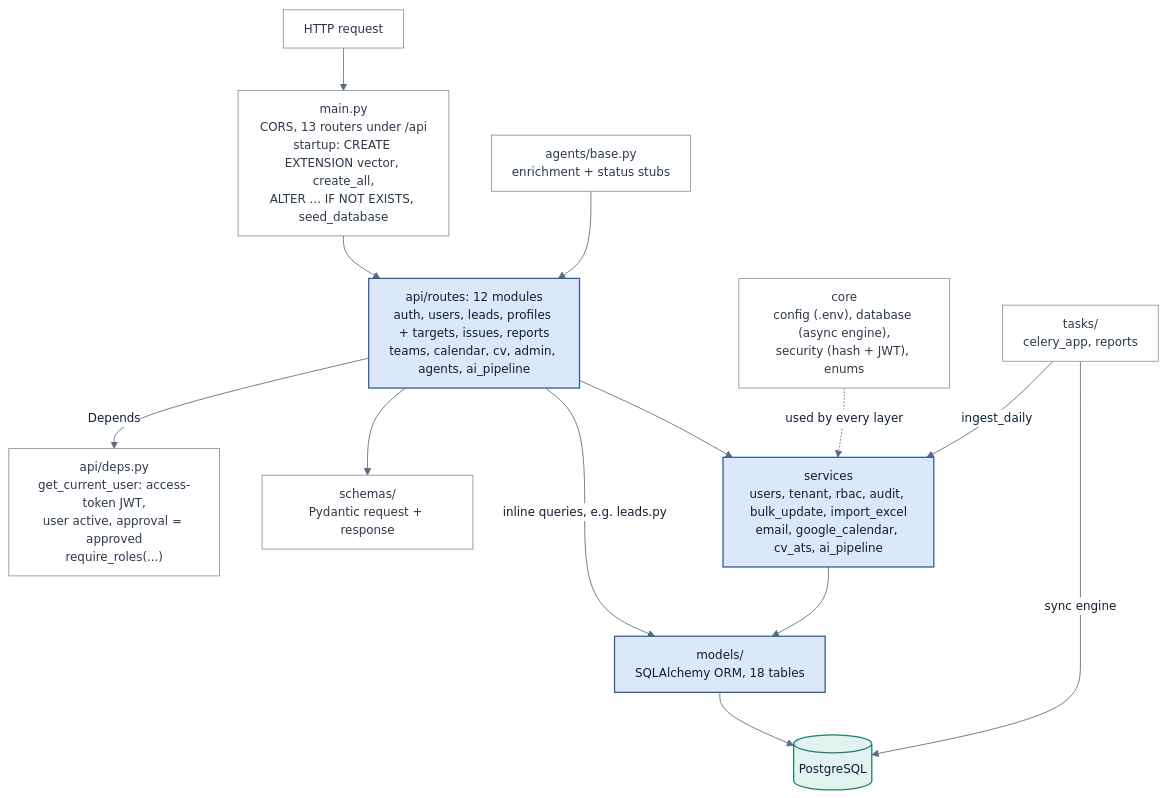
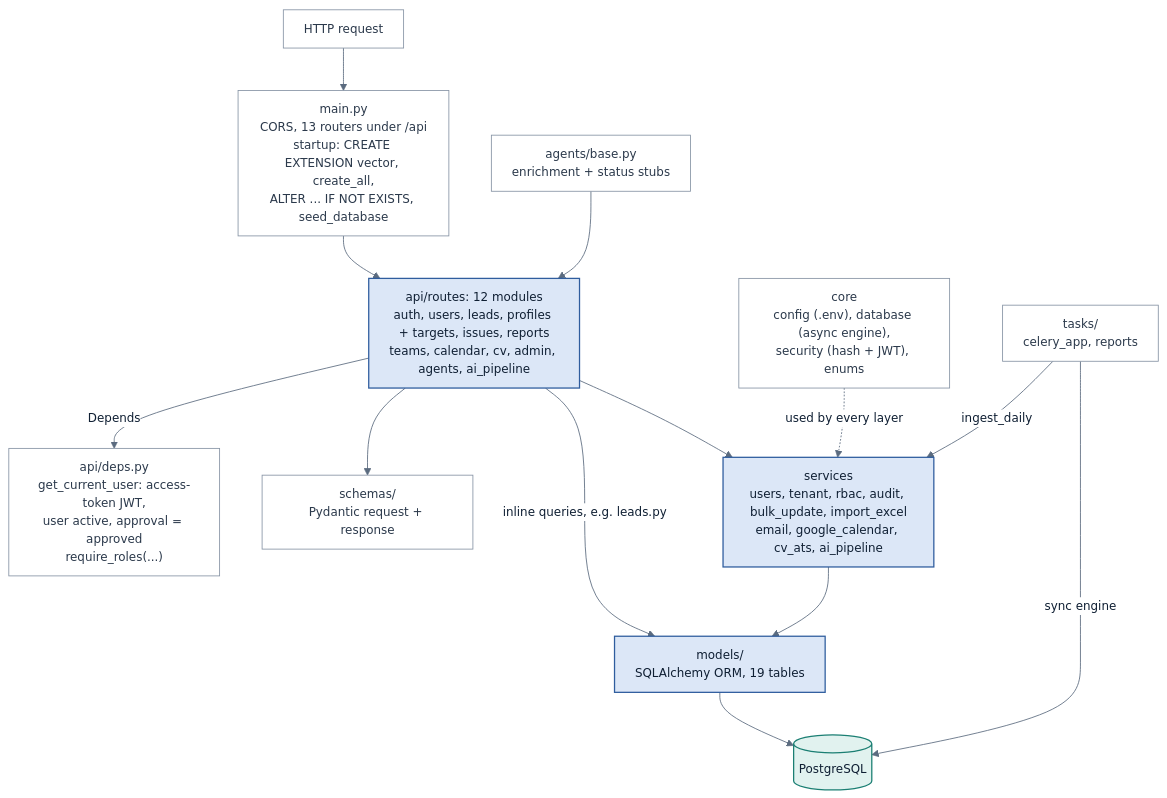
The second of 8 diagrams in docs/ARCHITECTURE.md (saimm97/lead-management-system), drawn with Mermaid before and after one commit. The commit also changed other lines of this file and 7 other files, not shown here.

Commit message:
test(pipeline): eligibility, adapters and ingest tests; update architecture docs

````diff
--- a/docs/ARCHITECTURE.md
+++ b/docs/ARCHITECTURE.md
@@ -68,25 +68,25 @@
 ```mermaid
 %%{init: {'theme':'base','themeVariables':{'fontFamily':'Arial, Helvetica, sans-serif','fontSize':'14px','primaryColor':'#EAF1FB','primaryBorderColor':'#2F5D9E','primaryTextColor':'#0F1F33','secondaryColor':'#F3F5F8','tertiaryColor':'#F7F9FC','lineColor':'#5B6B7F','textColor':'#0F1F33','clusterBkg':'#F6F8FB','clusterBorder':'#C3CDDA','edgeLabelBackground':'#FFFFFF','actorBkg':'#EAF1FB','actorBorder':'#2F5D9E','actorTextColor':'#0F1F33','actorLineColor':'#9AA8BA','signalColor':'#3B4A5E','signalTextColor':'#0F1F33','labelBoxBkgColor':'#EAF1FB','labelBoxBorderColor':'#2F5D9E','noteBkgColor':'#F3F5F8','noteBorderColor':'#9AA8BA','activationBkgColor':'#DCE7F7','sequenceNumberColor':'#FFFFFF','attributeBackgroundColorOdd':'#F6F8FB','attributeBackgroundColorEven':'#FFFFFF'},'flowchart':{'curve':'basis','padding':12}}}%%
 flowchart TB
 REQ["HTTP request"] --> MAIN["main.py<br/>CORS, 13 routers under /api<br/>startup: CREATE EXTENSION vector, create_all,<br/>ALTER ... IF NOT EXISTS, seed_database"]
 MAIN --> ROUTES["api/routes: 12 modules<br/>auth, users, leads, profiles + targets, issues, reports<br/>teams, calendar, cv, admin, agents, ai_pipeline"]
 ROUTES -->|"Depends"| DEPS["api/deps.py<br/>get_current_user: access-token JWT,<br/>user active, approval = approved<br/>require_roles(...)"]
 ROUTES --> SCH["schemas/<br/>Pydantic request + response"]
 ROUTES --> SVC["services<br/>users, tenant, rbac, audit, bulk_update, import_excel<br/>email, google_calendar, cv_ats, ai_pipeline"]
 ROUTES -->|"inline queries, e.g. leads.py"| ORM
-SVC --> ORM["models/<br/>SQLAlchemy ORM, 18 tables"]
+SVC --> ORM["models/<br/>SQLAlchemy ORM, 19 tables"]
 ORM --> DB[("PostgreSQL")]
 CORE["core<br/>config (.env), database (async engine),<br/>security (hash + JWT), enums"] -.->|"used by every layer"| SVC
 AG["agents/base.py<br/>enrichment + status stubs"] --> ROUTES
 TASKS["tasks/<br/>celery_app, reports"] -->|"sync engine"| DB
 TASKS -->|"ingest_daily"| SVC
 classDef layer fill:#DCE7F7,stroke:#2F5D9E,stroke-width:1.5px,color:#0F1F33
 classDef aux fill:#FFFFFF,stroke:#8794A5,color:#2B394B
 classDef store fill:#E1F2EF,stroke:#1B7F73,stroke-width:1.5px,color:#0F1F33
 classDef ext fill:#F1F3F6,stroke:#8794A5,stroke-dasharray:4 3,color:#2B394B
 classDef actor fill:#1F3A5F,stroke:#1F3A5F,color:#FFFFFF
 classDef warn fill:#FDECEA,stroke:#B3261E,stroke-dasharray:4 3,color:#7A1B15
 class ROUTES,SVC,ORM layer
 class REQ,MAIN,DEPS,SCH,CORE,AG,TASKS aux
 class DB store
 ```
````
